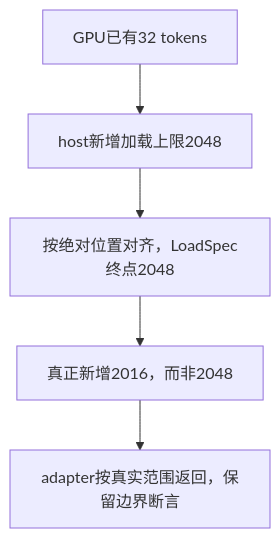
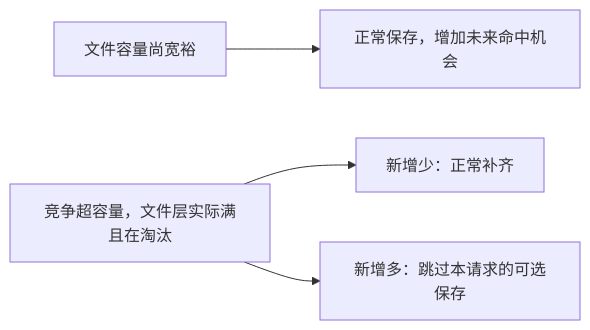
Before and after one commit to emprorsky/vllm_xxy: diagram 26 of 37 in Documents_xxy/20261019最终面试向理解文档.md, drawn with Mermaid. The commit also changed other lines of this file and 4 other files, not shown here.

````diff
--- a/Documents_xxy/20261019最终面试向理解文档.md
+++ b/Documents_xxy/20261019最终面试向理解文档.md
@@ -1215,7 +1426,6 @@
 ```mermaid
-flowchart TB
-    A["GPU已有32 tokens"] --> B["host新增加载上限2048"]
-    B --> C["按绝对位置对齐，LoadSpec终点2048"]
-    C --> D["真正新增2016，而非2048"]
-    D --> E["adapter按真实范围返回，保留边界断言"]
+flowchart LR
+    A["文件容量尚宽裕"] --> B["正常保存，增加未来命中机会"]
+    C["竞争超容量，文件层实际满且在淘汰"] --> D["新增少：正常补齐"]
+    C --> E["新增多：跳过本请求的可选保存"]
 ```
````
